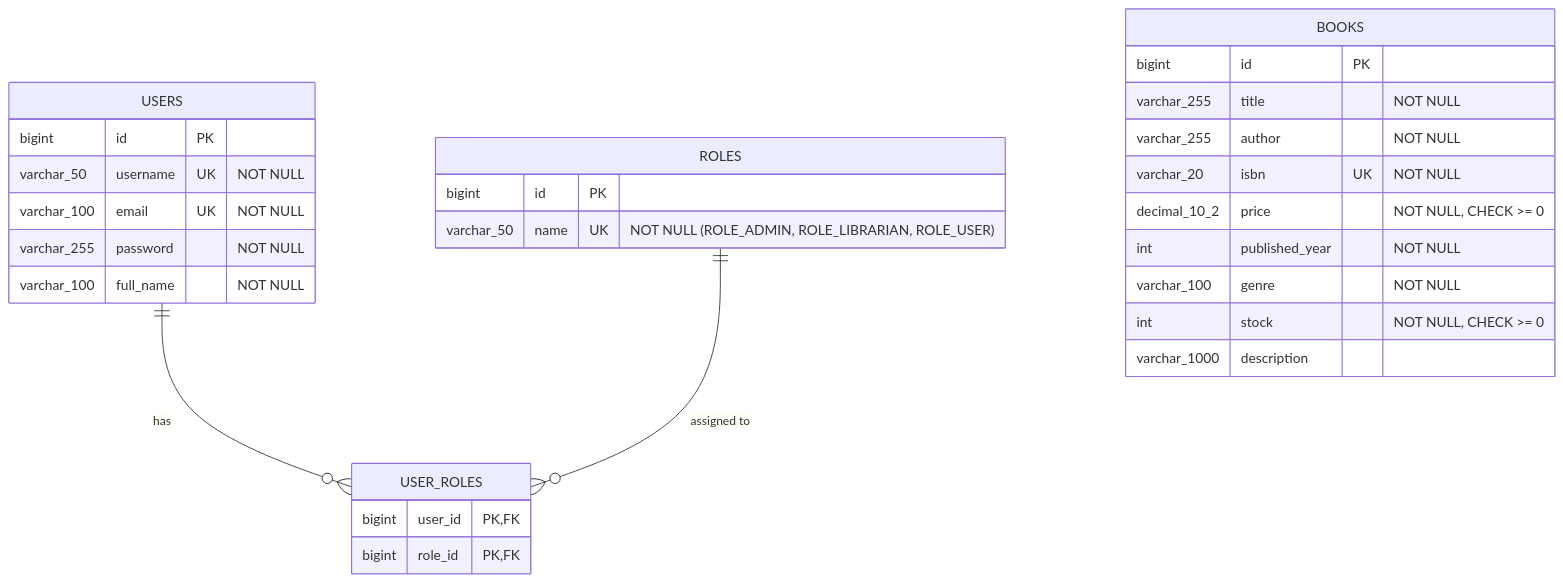
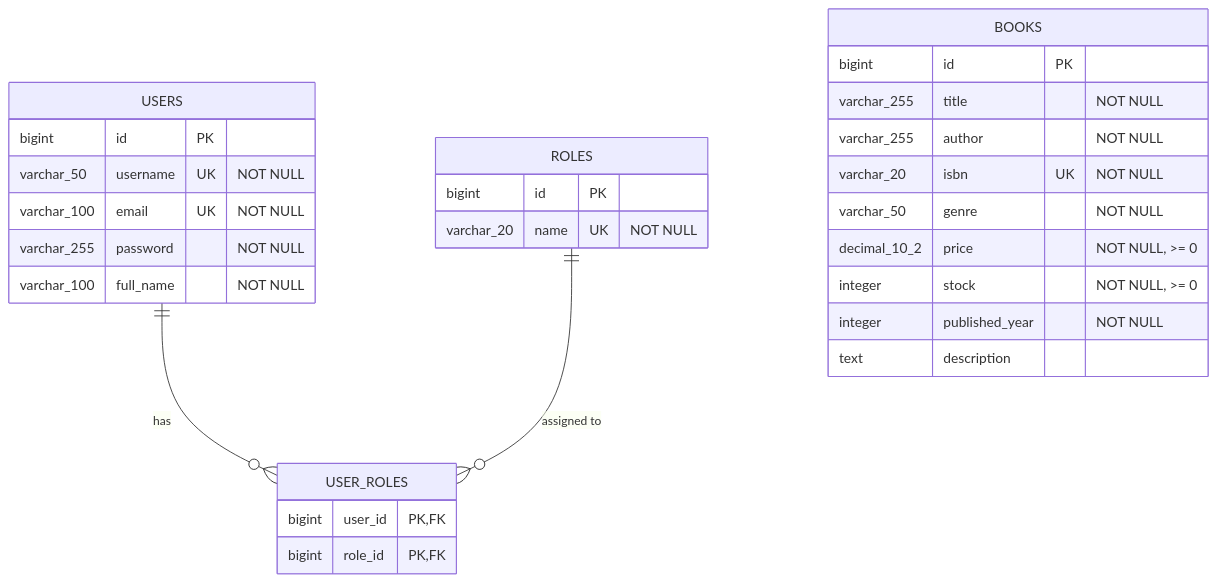
The second of 5 diagrams in README.md (syskantechnosoft/bookstore), drawn with Mermaid before and after one commit. The commit also changed other lines of this file, not shown here.

````diff
--- a/README.md
+++ b/README.md
@@ -87,35 +87,35 @@
 ```mermaid
 erDiagram
     USERS ||--o{ USER_ROLES : "has"
     ROLES ||--o{ USER_ROLES : "assigned to"
 
     USERS {
         bigint id PK
         varchar_50 username UK "NOT NULL"
         varchar_100 email UK "NOT NULL"
         varchar_255 password "NOT NULL"
         varchar_100 full_name "NOT NULL"
     }
 
     ROLES {
         bigint id PK
-        varchar_50 name UK "NOT NULL (ROLE_ADMIN, ROLE_LIBRARIAN, ROLE_USER)"
+        varchar_20 name UK "NOT NULL"
     }
 
     USER_ROLES {
-        bigint user_id PK, FK
-        bigint role_id PK, FK
+        bigint user_id PK,FK
+        bigint role_id PK,FK
     }
 
     BOOKS {
         bigint id PK
         varchar_255 title "NOT NULL"
         varchar_255 author "NOT NULL"
         varchar_20 isbn UK "NOT NULL"
-        decimal_10_2 price "NOT NULL, CHECK >= 0"
-        int published_year "NOT NULL"
-        varchar_100 genre "NOT NULL"
-        int stock "NOT NULL, CHECK >= 0"
-        varchar_1000 description
+        varchar_50 genre "NOT NULL"
+        decimal_10_2 price "NOT NULL, >= 0"
+        integer stock "NOT NULL, >= 0"
+        integer published_year "NOT NULL"
+        text description
     }
 ```
````
